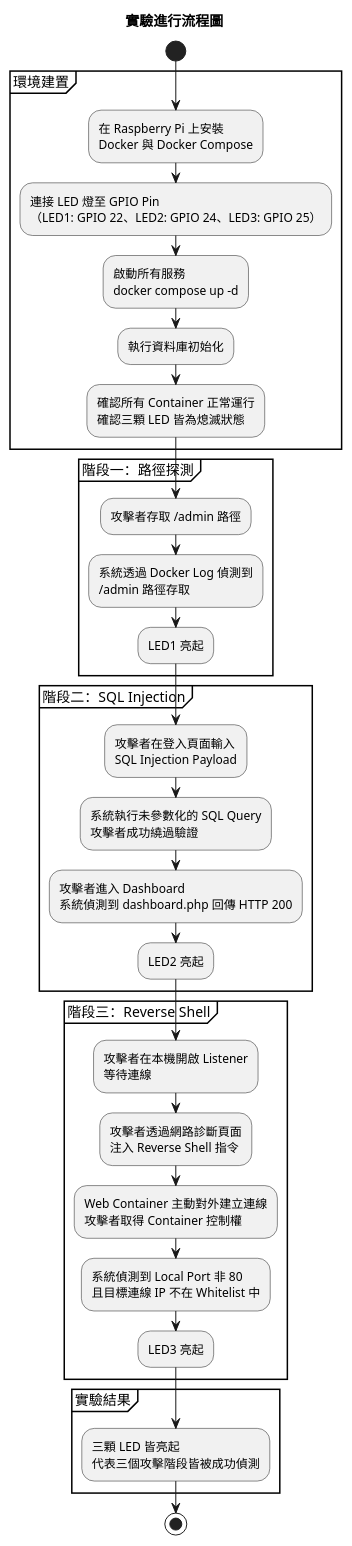
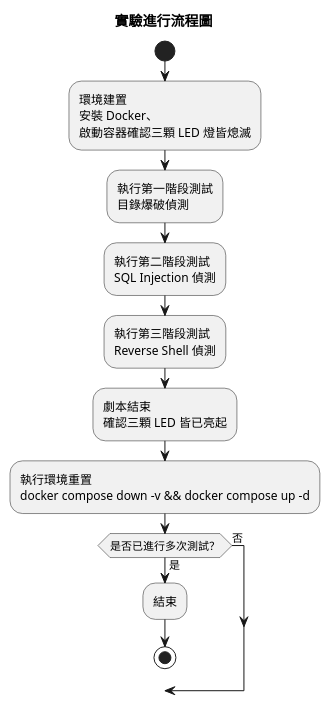
Before and after one commit to zyyuy0u/Physic-Flag-CTF: the diagram in docs/experiment-flowchart.puml, drawn with PlantUML. The commit also changed 5 other files, not shown here.

```diff
--- a/docs/experiment-flowchart.puml
+++ b/docs/experiment-flowchart.puml
@@ -4,67 +4,33 @@
 @startuml experiment_flowchart
 title 實驗進行流程圖
 
 start
 
-partition "環境建置" {
-  :在 Raspberry Pi 上安裝
-  Docker 與 Docker Compose;
+:環境建置
+安裝 Docker、
+啟動容器確認三顆 LED 燈皆熄滅;
 
-  :連接 LED 燈至 GPIO Pin
-  （LED1: GPIO 22、LED2: GPIO 24、LED3: GPIO 25）;
+:執行第一階段測試
+目錄爆破偵測;
 
-  :啟動所有服務
-  docker compose up -d;
+:執行第二階段測試
+SQL Injection 偵測;
 
-  :執行資料庫初始化;
+:執行第三階段測試
+Reverse Shell 偵測;
 
-  :確認所有 Container 正常運行
-  確認三顆 LED 皆為熄滅狀態;
-}
+:劇本結束
+確認三顆 LED 皆已亮起;
 
-partition "階段一：路徑探測" {
-  :攻擊者存取 /admin 路徑;
+:執行環境重置
+docker compose down -v && docker compose up -d;
 
-  :系統透過 Docker Log 偵測到
-  /admin 路徑存取;
+if (是否已進行多次測試？) then (是)
+  :結束;
+  stop
+else (否)
+endif
 
-  :LED1 亮起;
-}
-
-partition "階段二：SQL Injection" {
-  :攻擊者在登入頁面輸入
-  SQL Injection Payload;
-
-  :系統執行未參數化的 SQL Query
-  攻擊者成功繞過驗證;
-
-  :攻擊者進入 Dashboard
-  系統偵測到 dashboard.php 回傳 HTTP 200;
-
-  :LED2 亮起;
-}
-
-partition "階段三：Reverse Shell" {
-  :攻擊者在本機開啟 Listener
-  等待連線;
-
-  :攻擊者透過網路診斷頁面
-  注入 Reverse Shell 指令;
-
-  :Web Container 主動對外建立連線
-  攻擊者取得 Container 控制權;
-
-  :系統偵測到 Local Port 非 80
-  且目標連線 IP 不在 Whitelist 中;
-
-  :LED3 亮起;
-}
-
-partition "實驗結果" {
-  :三顆 LED 皆亮起
-  代表三個攻擊階段皆被成功偵測;
-}
-
-stop
+-> 執行第一階段測試;
 
 @enduml
```
